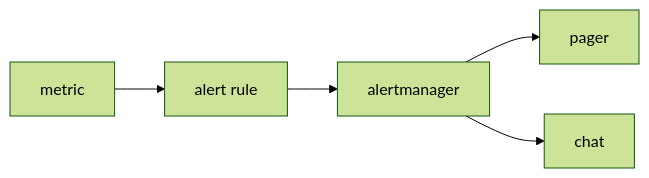
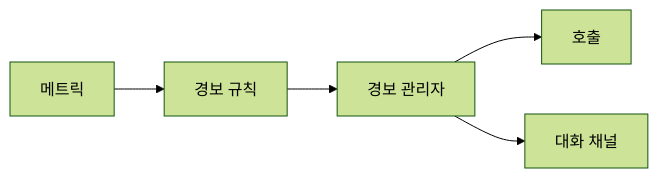
Before and after one commit to yeongseon-books/book-content: the diagram in content/observability-101/ko/07-alert-and-oncall.md, drawn with Mermaid (forest theme). The commit also changed other lines of this file and 9 other files, not shown here.

````diff
--- a/content/observability-101/ko/07-alert-and-oncall.md
+++ b/content/observability-101/ko/07-alert-and-oncall.md
@@ -35,7 +49,7 @@
 ```mermaid
 flowchart LR
-    M["metric"] --> Rule["alert rule"]
-    Rule --> AM["alertmanager"]
-    AM --> Page["pager"]
-    AM --> Slack["chat"]
+    M["메트릭"] --> Rule["경보 규칙"]
+    Rule --> AM["경보 관리자"]
+    AM --> Page["호출"]
+    AM --> Chat["대화 채널"]
 ```
````
